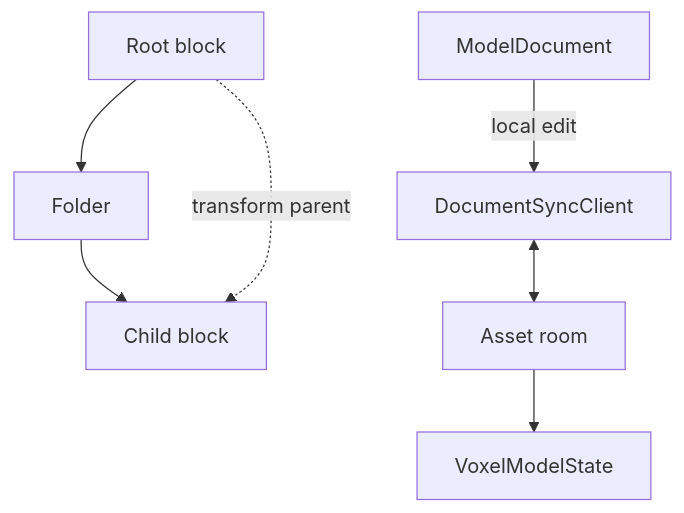
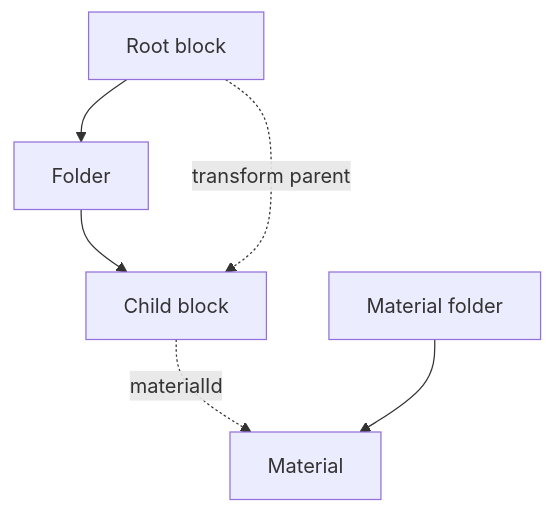
One commit to JollyPixel/editor changed the second of 3 diagrams in packages/assets/voxel-model/ARCHITECTURE.md. Above: the diagram before and after it, drawn with Mermaid. The commit also changed other lines of this file and 132 other files, not shown here.

Commit message:
refactor(assets): voxel-model & voxel-animation (#942)

````diff
--- a/packages/assets/voxel-model/ARCHITECTURE.md
+++ b/packages/assets/voxel-model/ARCHITECTURE.md
@@ -5,9 +20,8 @@
 ```mermaid
 flowchart TB
     Root["Root block"] --> Folder["Folder"]
     Folder --> Child["Child block"]
     Root -.->|"transform parent"| Child
-    Document["ModelDocument"] -->|"local edit"| Sync["DocumentSyncClient"]
-    Sync <--> Room["Asset room"]
-    Room --> State["VoxelModelState"]
+    Child -.->|"materialId"| Material["Material"]
+    MaterialFolder["Material folder"] --> Material
 ```
````
